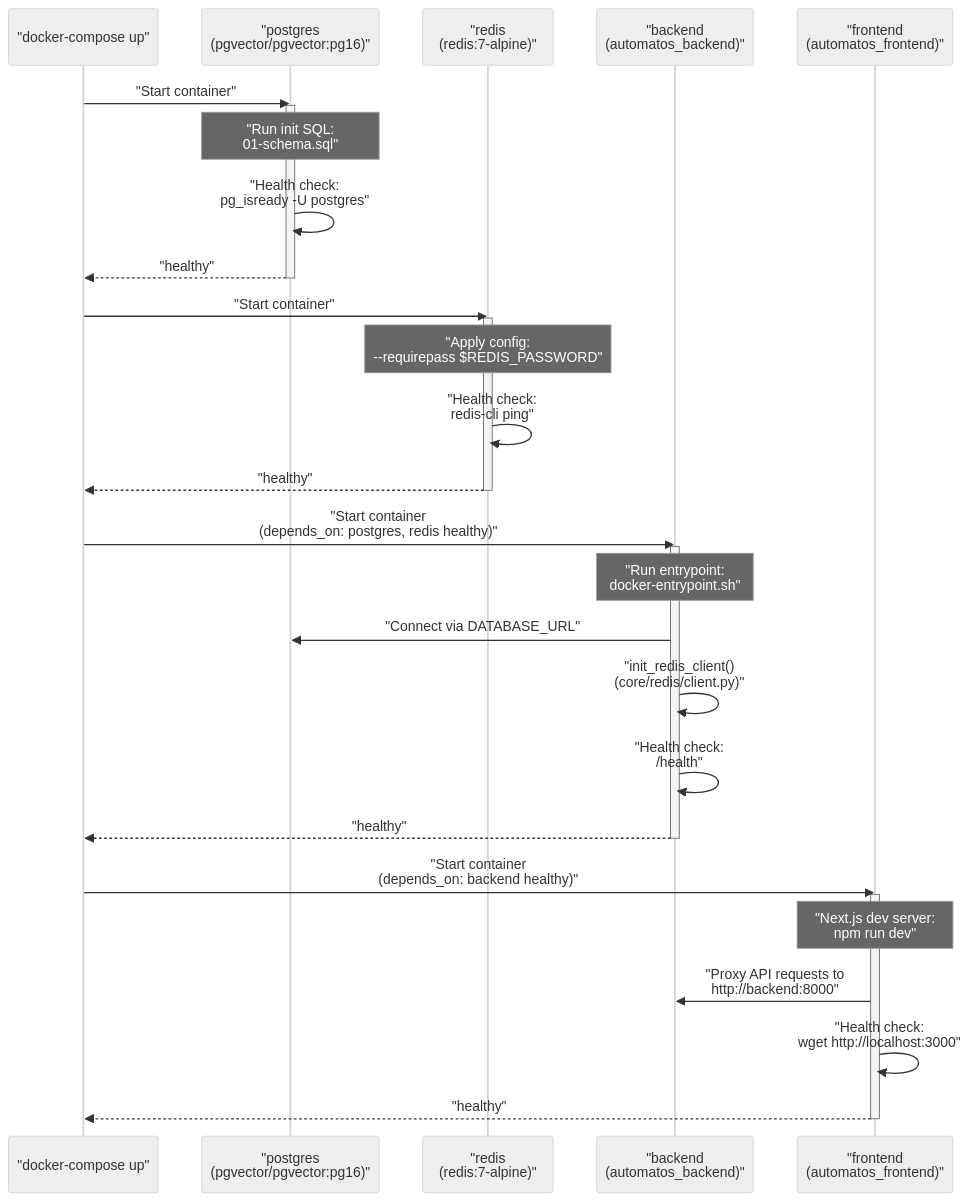
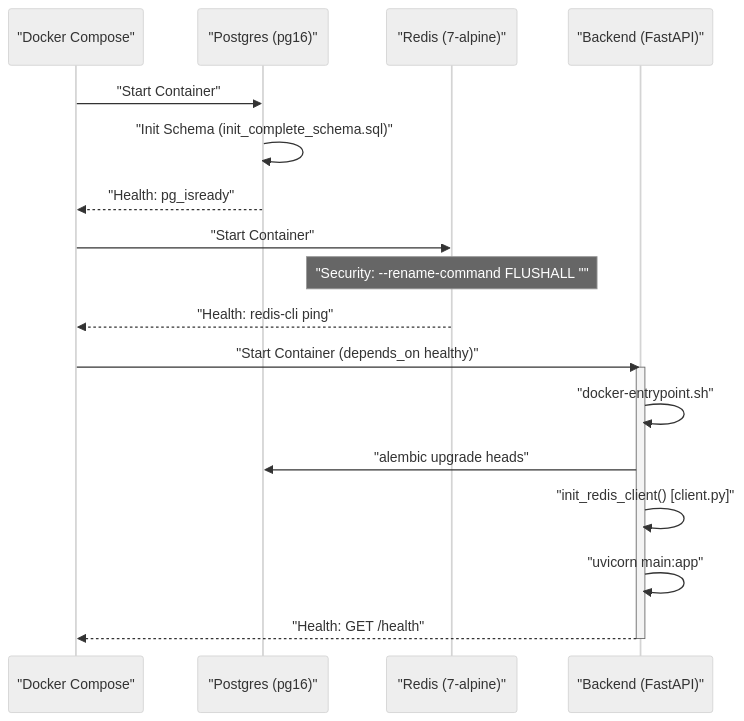
One commit to AutomatosAI/automatos-ai changed the second of 2 diagrams in docs/getting-started/installation-setup.md. Above: the diagram before and after it, drawn with Mermaid (neutral theme). The commit also changed other lines of this file and 153 other files, not shown here.

````diff
--- a/docs/getting-started/installation-setup.md
+++ b/docs/getting-started/installation-setup.md
@@ -234,39 +121,24 @@
 ```mermaid
 sequenceDiagram
-    participant DC as "docker-compose up"
-    participant PG as "postgres<br/>(pgvector/pgvector:pg16)"
-    participant RD as "redis<br/>(redis:7-alpine)"
-    participant BE as "backend<br/>(automatos_backend)"
-    participant FE as "frontend<br/>(automatos_frontend)"
+    participant DC as "Docker Compose"
+    participant PG as "Postgres (pg16)"
+    participant RD as "Redis (7-alpine)"
+    participant BE as "Backend (FastAPI)"
     
-    DC->>PG: "Start container"
-    activate PG
-    Note over PG: "Run init SQL:<br/>01-schema.sql"
-    PG->>PG: "Health check:<br/>pg_isready -U postgres"
-    PG-->>DC: "healthy"
-    deactivate PG
+    DC->>PG: "Start Container"
+    PG->>PG: "Init Schema (init_complete_schema.sql)"
+    PG-->>DC: "Health: pg_isready"
     
-    DC->>RD: "Start container"
-    activate RD
-    Note over RD: "Apply config:<br/>--requirepass $REDIS_PASSWORD"
-    RD->>RD: "Health check:<br/>redis-cli ping"
-    RD-->>DC: "healthy"
-    deactivate RD
+    DC->>RD: "Start Container"
+    Note over RD: "Security: --rename-command FLUSHALL ''"
+    RD-->>DC: "Health: redis-cli ping"
     
-    DC->>BE: "Start container<br/>(depends_on: postgres, redis healthy)"
+    DC->>BE: "Start Container (depends_on healthy)"
     activate BE
-    Note over BE: "Run entrypoint:<br/>docker-entrypoint.sh"
-    BE->>PG: "Connect via DATABASE_URL"
-    BE->>BE: "init_redis_client()<br/>(core/redis/client.py)"
-    BE->>BE: "Health check:<br/>/health"
-    BE-->>DC: "healthy"
+    BE->>BE: "docker-entrypoint.sh"
+    BE->>PG: "alembic upgrade heads"
+    BE->>BE: "init_redis_client() [client.py]"
+    BE->>BE: "uvicorn main:app"
+    BE-->>DC: "Health: GET /health"
     deactivate BE
-    
-    DC->>FE: "Start container<br/>(depends_on: backend healthy)"
-    activate FE
-    Note over FE: "Next.js dev server:<br/>npm run dev"
-    FE->>BE: "Proxy API requests to<br/>http://backend:8000"
-    FE->>FE: "Health check:<br/>wget http://localhost:3000"
-    FE-->>DC: "healthy"
-    deactivate FE
 ```
````
